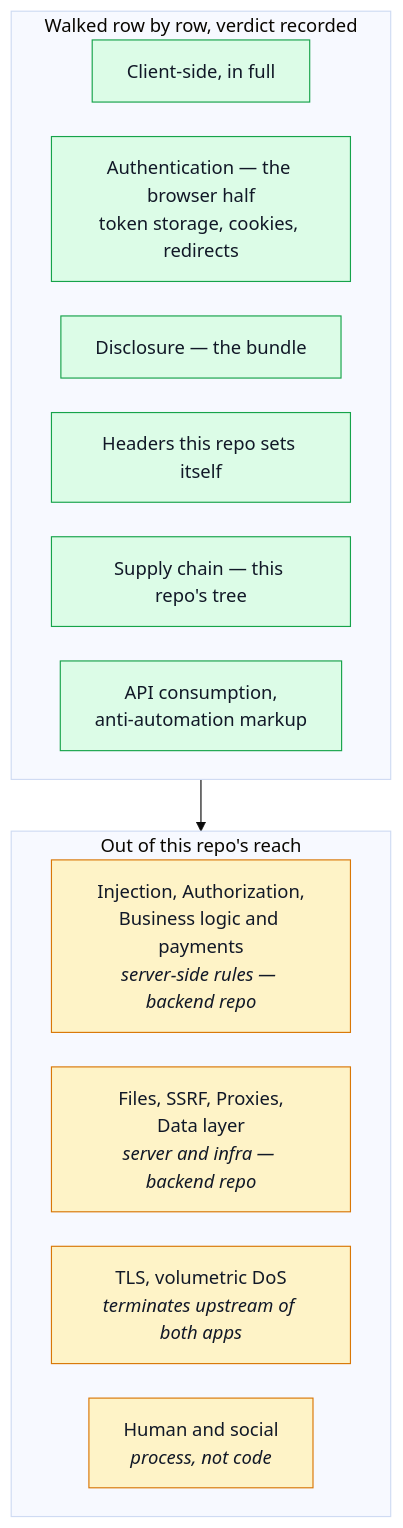
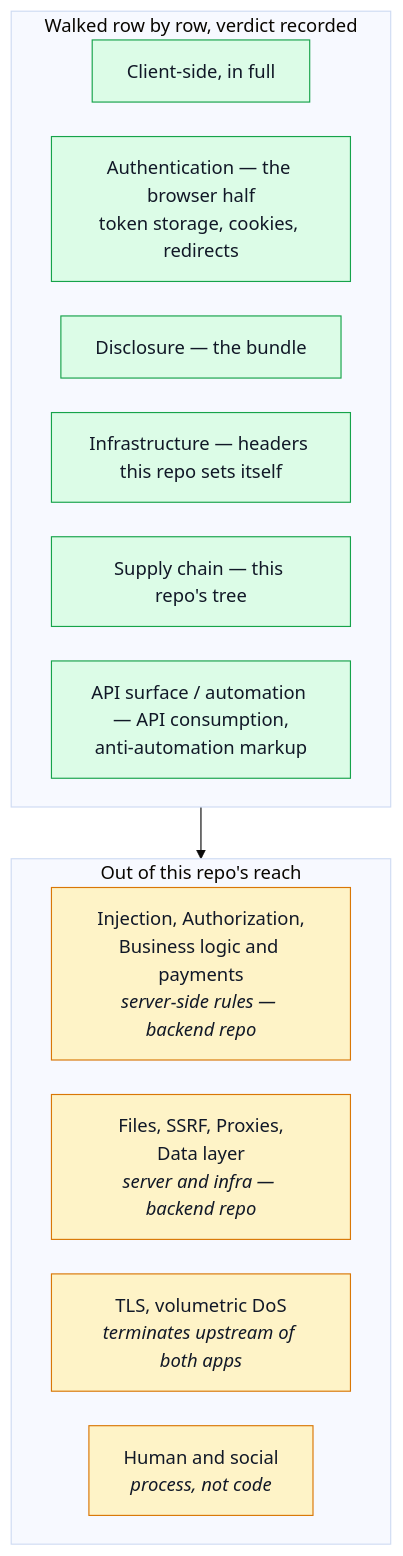
Before and after one commit to Guebbit/boilerplate-vue-frontend: the diagram in docs/theory/web-attack-defences.md, drawn with Mermaid (base theme). The commit also changed other lines of this file and 28 other files, not shown here.

````diff
--- a/docs/theory/web-attack-defences.md
+++ b/docs/theory/web-attack-defences.md
@@ -25,26 +25,26 @@
 ```mermaid
 %%{init: {'flowchart': {'nodeSpacing': 30, 'rankSpacing': 45}}}%%
 flowchart TB
     subgraph W["Walked row by row, verdict recorded"]
         direction LR
         W1["Client-side, in full"]
         W2["Authentication — the browser half<br/>token storage, cookies, redirects"]
         W3["Disclosure — the bundle"]
-        W4["Headers this repo sets itself"]
+        W4["Infrastructure — headers this repo sets itself"]
         W5["Supply chain — this repo's tree"]
-        W6["API consumption,<br/>anti-automation markup"]
+        W6["API surface / automation — API consumption,<br/>anti-automation markup"]
     end
     subgraph N["Out of this repo's reach"]
         direction LR
         N1["Injection, Authorization,<br/>Business logic and payments<br/><i>server-side rules — backend repo</i>"]
         N2["Files, SSRF, Proxies,<br/>Data layer<br/><i>server and infra — backend repo</i>"]
         N3["TLS, volumetric DoS<br/><i>terminates upstream of both apps</i>"]
         N4["Human and social<br/><i>process, not code</i>"]
     end
     W --> N
 
     classDef done fill:#dcfce7,stroke:#16a34a,color:#111827;
     classDef out fill:#fef3c7,stroke:#d97706,color:#111827;
     class W1,W2,W3,W4,W5,W6 done;
     class N1,N2,N3,N4 out;
 ```
````
